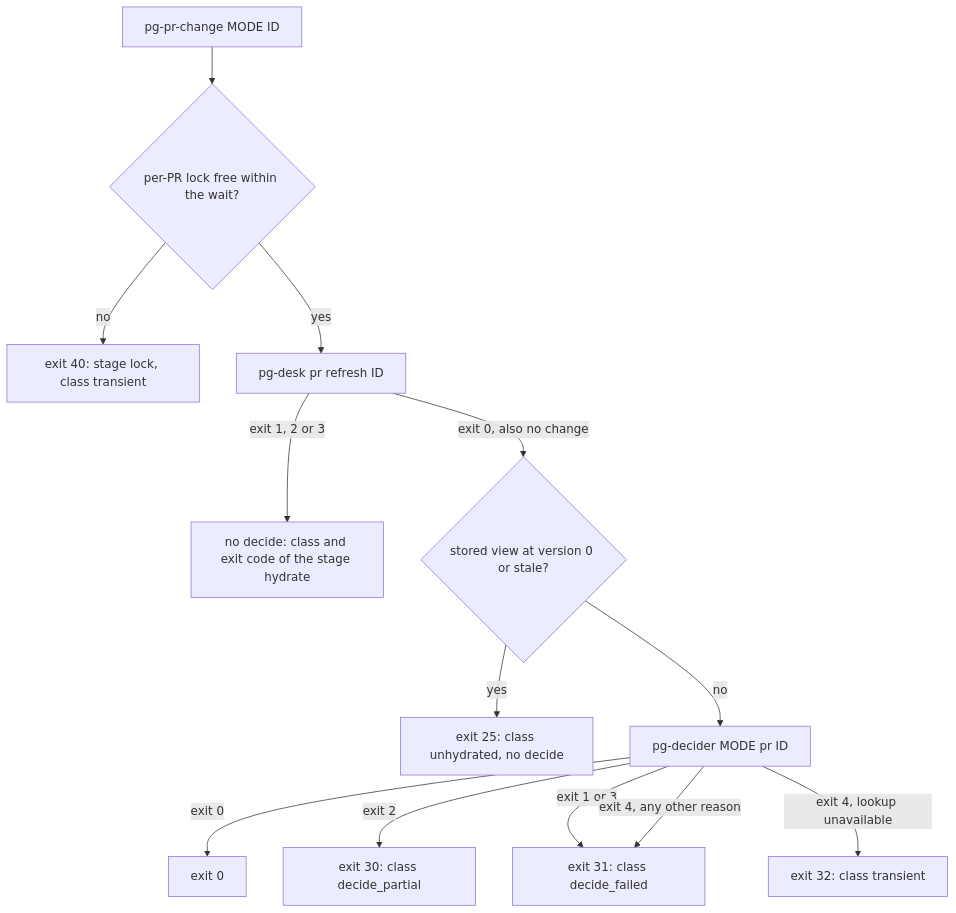
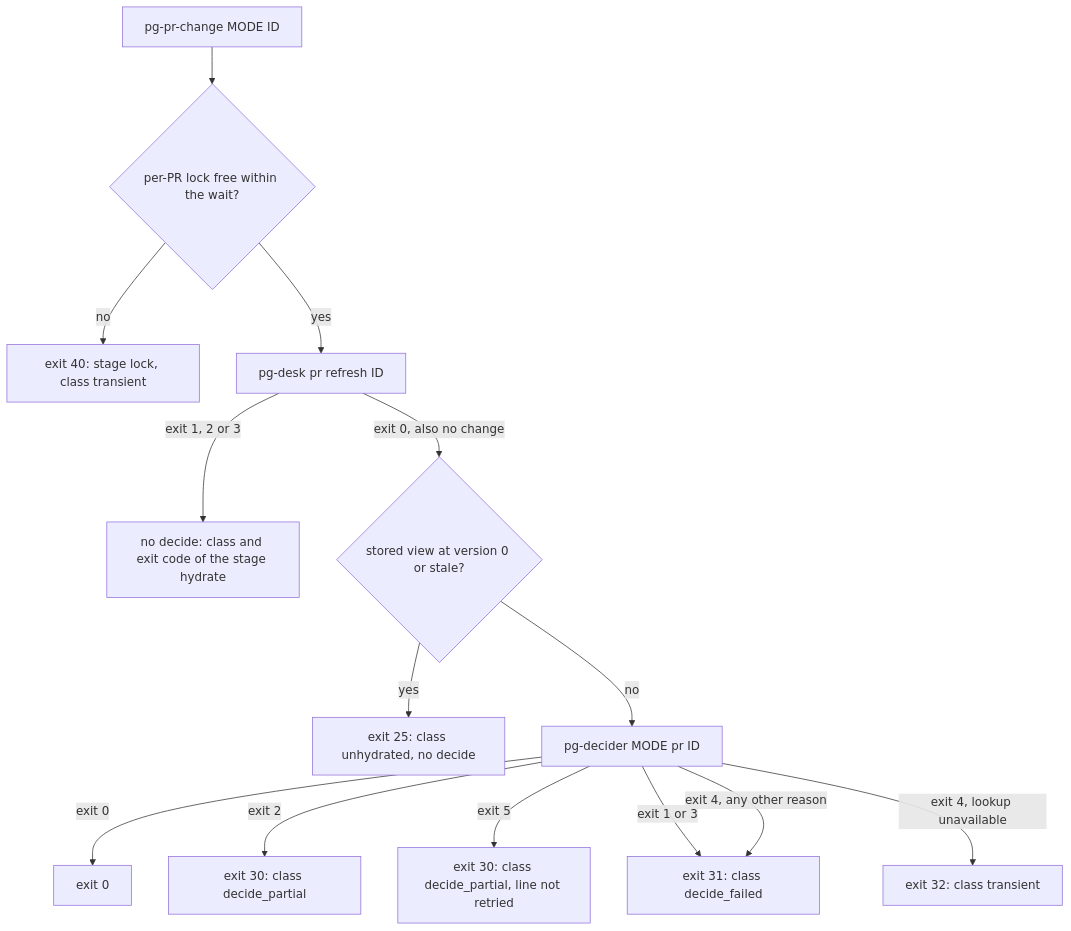
The first of 2 diagrams in docs/behavior/pg-decider/pr-change.md (phillipgreenii/nix-agent-support), drawn with Mermaid before and after one commit. The commit also changed other lines of this file and 11 other files, not shown here.

````diff
--- a/docs/behavior/pg-decider/pr-change.md
+++ b/docs/behavior/pg-decider/pr-change.md
@@ -32,15 +32,16 @@
 ```mermaid
 flowchart TD
     A["pg-pr-change MODE ID"] --> L{"per-PR lock free within the wait?"}
     L -->|"no"| E40["exit 40: stage lock, class transient"]
     L -->|"yes"| H["pg-desk pr refresh ID"]
     H -->|"exit 1, 2 or 3"| F["no decide: class and exit code of the stage hydrate"]
     H -->|"exit 0, also no change"| V{"stored view at version 0 or stale?"}
     V -->|"yes"| U["exit 25: class unhydrated, no decide"]
     V -->|"no"| D["pg-decider MODE pr ID"]
     D -->|"exit 0"| OK["exit 0"]
     D -->|"exit 2"| P["exit 30: class decide_partial"]
+    D -->|"exit 5"| PP["exit 30: class decide_partial, line not retried"]
     D -->|"exit 1 or 3"| DF["exit 31: class decide_failed"]
     D -->|"exit 4, lookup unavailable"| DU["exit 32: class transient"]
     D -->|"exit 4, any other reason"| DF
 ```
````
